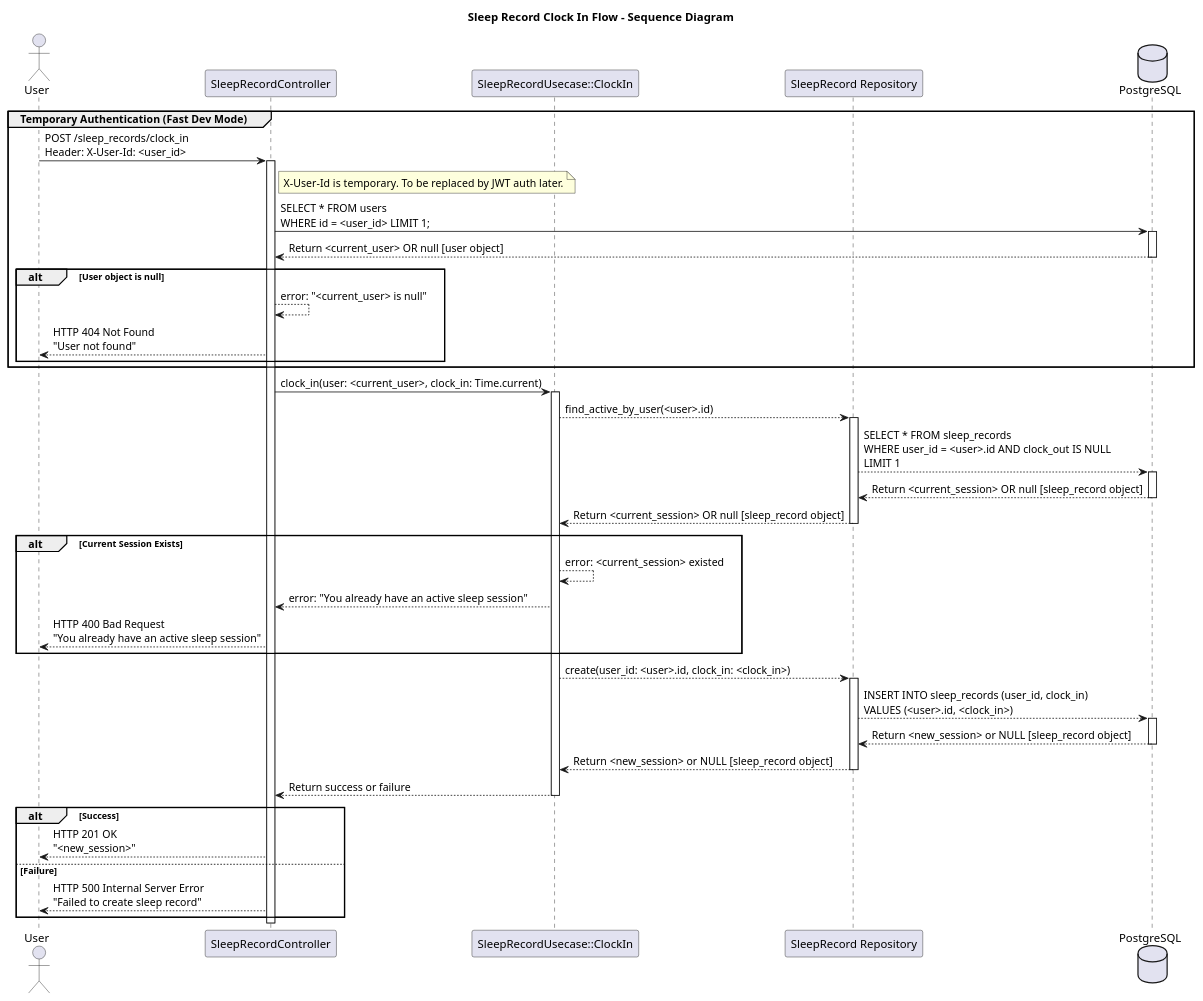
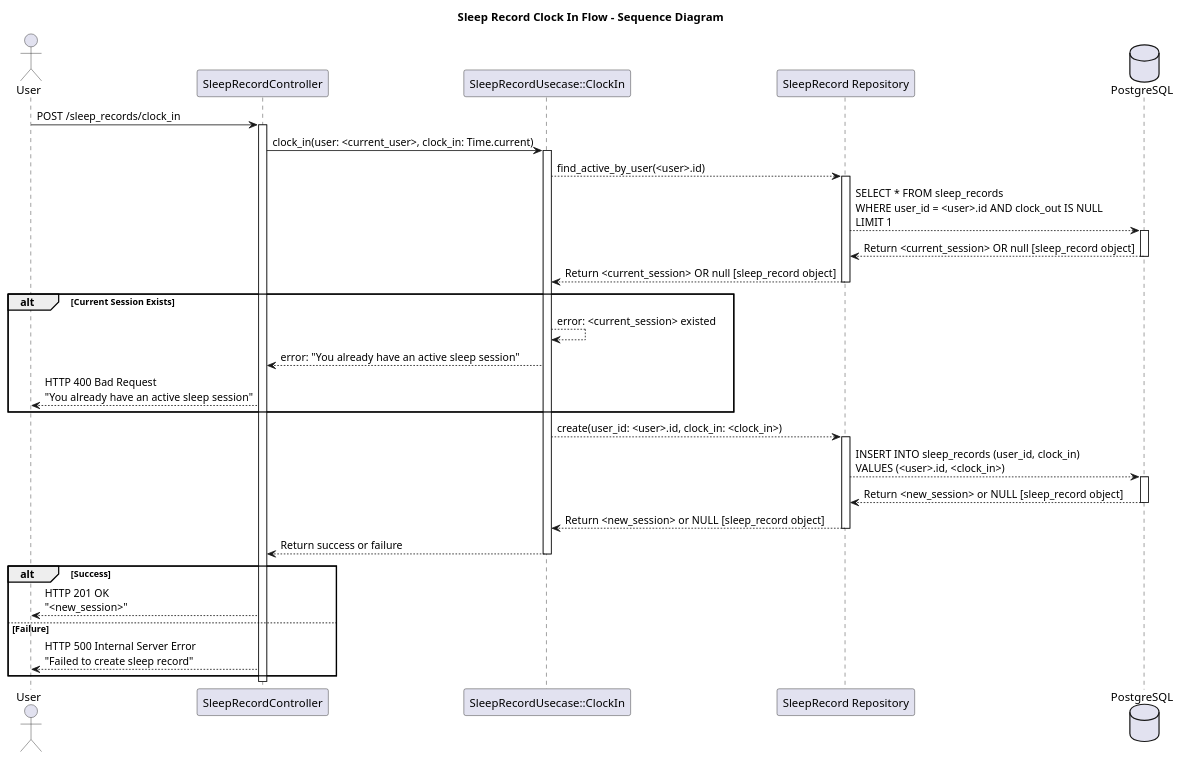
One commit to wisnuaga/good-night changed the diagram in docs/diagram/SleepRecordClockInFlow.plantuml. Above: the diagram before and after it, drawn with PlantUML. The commit also changed 3 other files, not shown here.

```diff
--- a/docs/diagram/SleepRecordClockInFlow.plantuml
+++ b/docs/diagram/SleepRecordClockInFlow.plantuml
@@ -1,67 +1,50 @@
 @startuml SleepRecordClockInFlow
 title Sleep Record Clock In Flow - Sequence Diagram
 
 ' Define actors and components
 actor User
 participant "SleepRecordController" as Controller
 participant "SleepRecordUsecase::ClockIn" as Usecase
 participant "SleepRecord Repository" as Repository
 database "PostgreSQL" as DB
 
-' Temporary auth via X-User-Id header (for fast development, to be replaced later)
-group Temporary Authentication (Fast Dev Mode)
-    User -> Controller: POST /sleep_records/clock_in\nHeader: X-User-Id: <user_id>
-    activate Controller
-
-    note right of Controller
-      X-User-Id is temporary. To be replaced by JWT auth later.
-    end note
-
-    Controller -> DB: SELECT * FROM users\nWHERE id = <user_id> LIMIT 1;
-    activate DB
-    DB --> Controller: Return <current_user> OR null [user object]
-    deactivate DB
-
-    alt User object is null
-        Controller --> Controller: error: "<current_user> is null"
-        Controller --> User: HTTP 404 Not Found\n"User not found"
-    end
-end group
+User -> Controller: POST /sleep_records/clock_in
+activate Controller
 
 Controller -> Usecase: clock_in(user: <current_user>, clock_in: Time.current)
 activate Usecase
 
 Usecase --> Repository: find_active_by_user(<user>.id)
 activate Repository
 Repository --> DB: SELECT * FROM sleep_records \nWHERE user_id = <user>.id AND clock_out IS NULL \nLIMIT 1
 activate DB
 DB --> Repository: Return <current_session> OR null [sleep_record object]
 deactivate DB
 Repository --> Usecase: Return <current_session> OR null [sleep_record object]
 deactivate Repository
 
 alt Current Session Exists
     Usecase --> Usecase: error: <current_session> existed
     Usecase --> Controller: error: "You already have an active sleep session"
     Controller --> User: HTTP 400 Bad Request\n"You already have an active sleep session"
 end
 
 Usecase --> Repository: create(user_id: <user>.id, clock_in: <clock_in>)
 activate Repository
 Repository --> DB: INSERT INTO sleep_records (user_id, clock_in)\nVALUES (<user>.id, <clock_in>)
 activate DB
 DB --> Repository: Return <new_session> or NULL [sleep_record object]
 deactivate DB
 Repository --> Usecase: Return <new_session> or NULL [sleep_record object]
 deactivate Repository
 Usecase --> Controller: Return success or failure
 deactivate Usecase
 
 alt Success    
     Controller --> User: HTTP 201 OK\n"<new_session>"
 else Failure
     Controller --> User: HTTP 500 Internal Server Error\n"Failed to create sleep record"
 end
 deactivate Controller
 
 @enduml
```
